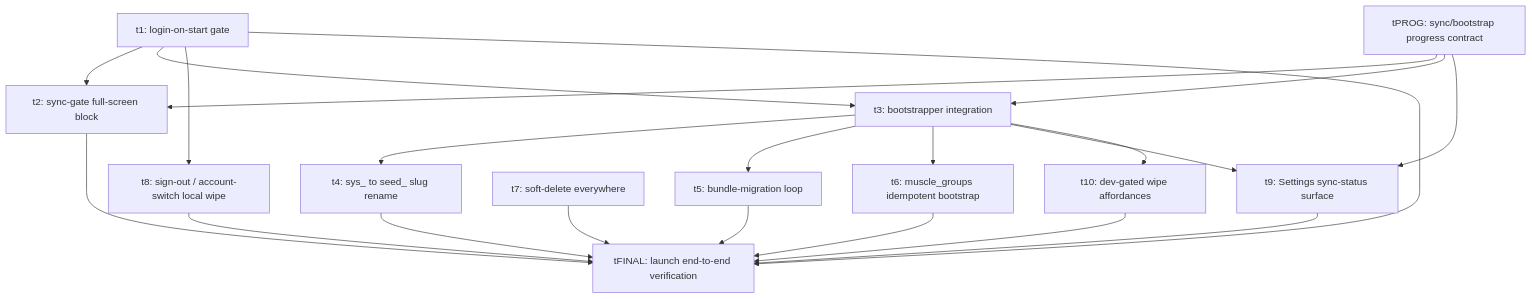
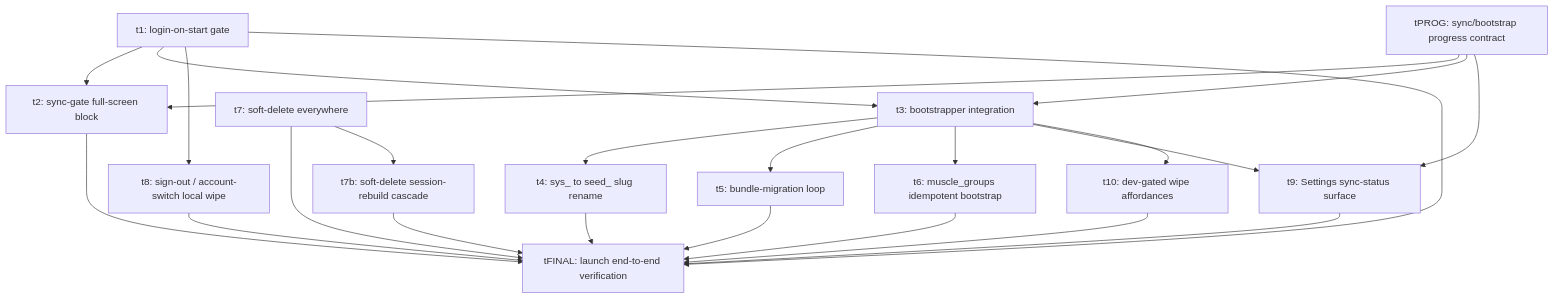
Before and after one commit to Brotherhood-of-Ghisa/BOGA3: the diagram in docs/plans/sync-v2-launch/plan.md, drawn with Mermaid. The commit also changed other lines of this file and 2 other files, not shown here.

Commit message:
chore(sync-v2-launch): iter-2 — t7b split card, DAG update, status log

````diff
--- a/docs/plans/sync-v2-launch/plan.md
+++ b/docs/plans/sync-v2-launch/plan.md
@@ -116,38 +116,41 @@
 ```mermaid
 graph TD
   tPROG[tPROG: sync/bootstrap progress contract]
   t1[t1: login-on-start gate]
   t2[t2: sync-gate full-screen block]
   t3[t3: bootstrapper integration]
   t4[t4: sys_ to seed_ slug rename]
   t5[t5: bundle-migration loop]
   t6[t6: muscle_groups idempotent bootstrap]
   t7[t7: soft-delete everywhere]
+  t7b[t7b: soft-delete session-rebuild cascade]
   t8[t8: sign-out / account-switch local wipe]
   t9[t9: Settings sync-status surface]
   t10[t10: dev-gated wipe affordances]
   tFINAL[tFINAL: launch end-to-end verification]
 
   tPROG --> t2
   tPROG --> t3
   tPROG --> t9
 
   t1 --> t2
   t1 --> t3
   t1 --> t8
   t3 --> t4
   t3 --> t5
   t3 --> t6
   t3 --> t9
   t3 --> t10
 
   t1 --> tFINAL
   t2 --> tFINAL
   t4 --> tFINAL
   t5 --> tFINAL
   t6 --> tFINAL
   t7 --> tFINAL
+  t7 --> t7b
+  t7b --> tFINAL
   t8 --> tFINAL
   t9 --> tFINAL
   t10 --> tFINAL
 ```
````
